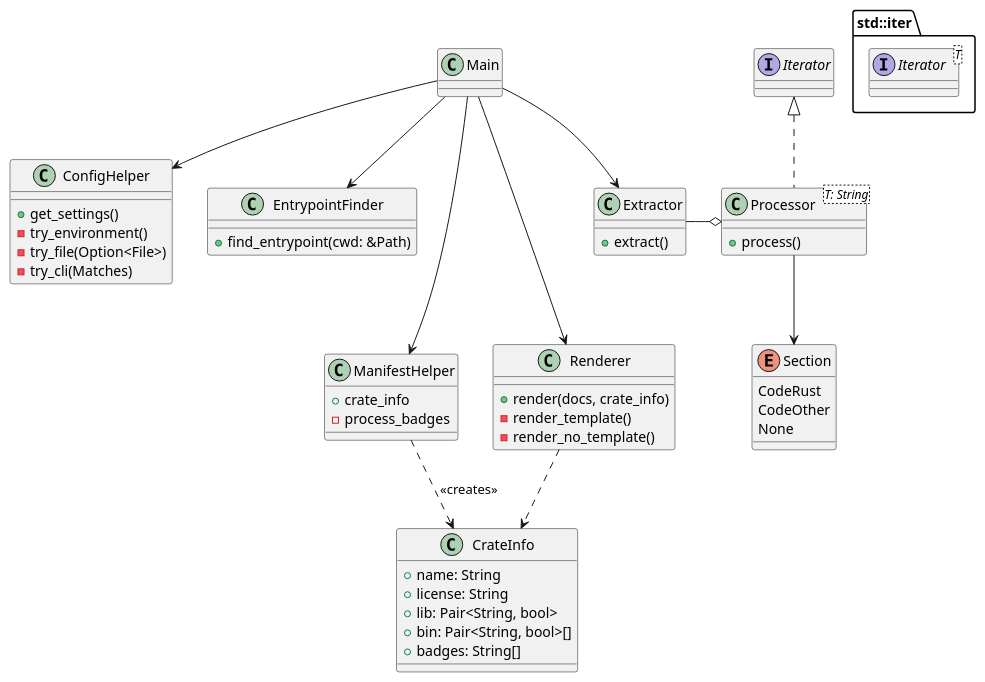
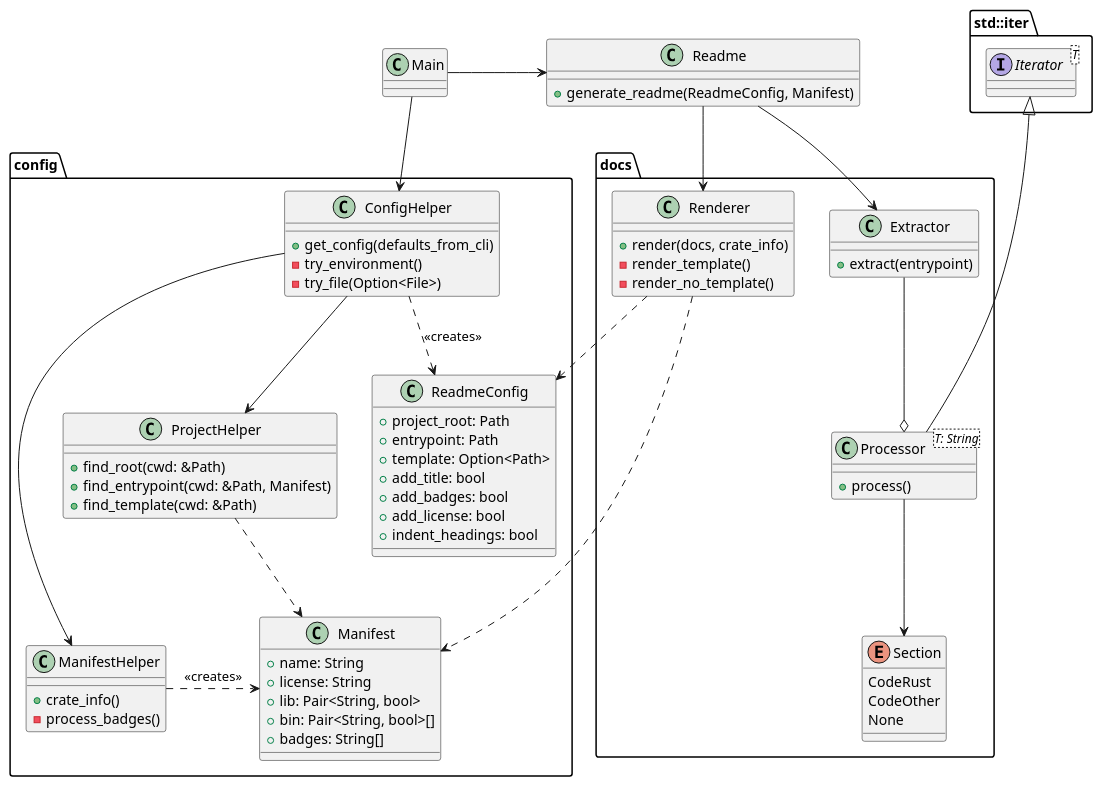
Before and after one commit to webern/cargo-readme: the diagram in docs/uml/class.puml, drawn with PlantUML. The commit also changed 1 other file, not shown here.

Commit message:
update uml , improve organization

```diff
--- a/docs/uml/class.puml
+++ b/docs/uml/class.puml
@@ -1,67 +1,92 @@
 @startuml
 
 package std::iter {
     interface Iterator<T>
 }
 
-class Main
+package config {
+    class ConfigHelper {
+        + get_config(defaults_from_cli)
+        - try_environment()
+        - try_file(Option<File>)
+    }
 
-Main --> ConfigHelper
-Main --> Extractor
-Main --> EntrypointFinder
-Main ---> ManifestHelper
-Main ---> Renderer
+    class ReadmeConfig {
+        + project_root: Path
+        + entrypoint: Path
+        + template: Option<Path>
+        + add_title: bool
+        + add_badges: bool
+        + add_license: bool
+        + indent_headings: bool
+    }
 
-class ConfigHelper {
-    + get_settings()
-    - try_environment()
-    - try_file(Option<File>)
-    - try_cli(Matches)
+    class ProjectHelper {
+        + find_root(cwd: &Path)
+        + find_entrypoint(cwd: &Path, Manifest)
+        + find_template(cwd: &Path)
+    }
+
+    class ManifestHelper {
+        + crate_info()
+        - process_badges()
+    }
+
+    class Manifest {
+        + name: String
+        + license: String
+        + lib: Pair<String, bool>
+        + bin: Pair<String, bool>[]
+        + badges: String[]
+    }
+
+    ConfigHelper ..> ReadmeConfig: <<creates>>
+    ManifestHelper .> Manifest: <<creates>>
+    ProjectHelper ..> Manifest
+    ConfigHelper ---> ManifestHelper
+    ConfigHelper --> ProjectHelper
 }
 
-class EntrypointFinder {
-    + find_entrypoint(cwd: &Path)
+package docs {
+    class Renderer {
+        + render(docs, crate_info)
+        - render_template()
+        - render_no_template()
+    }
+
+    Renderer ..> ReadmeConfig
+    Renderer ..> Manifest
+
+    class Extractor {
+        + extract(entrypoint)
+    }
+
+    class Processor<T: String> {
+        + process()
+    }
+
+    Iterator <|--- Processor
+    Extractor --o Processor
+
+    enum Section {
+        CodeRust
+        CodeOther
+        None
+    }
+
+    Processor --> Section
 }
 
-class ManifestHelper {
-    + crate_info
-    - process_badges
+class Main
+Main --> ConfigHelper
+Main -> Readme
+
+class Readme {
+    + generate_readme(ReadmeConfig, Manifest)
 }
 
-ManifestHelper ..> CrateInfo: <<creates>>
-
-class Renderer {
-    + render(docs, crate_info)
-    - render_template()
-    - render_no_template()
-}
-
-Renderer ..> CrateInfo
-
-class CrateInfo {
-    + name: String
-    + license: String
-    + lib: Pair<String, bool>
-    + bin: Pair<String, bool>[]
-    + badges: String[]
-}
-
-class Extractor {
-    + extract()
-}
-
-class Processor<T: String> implements Iterator {
-    + process()
-}
-
-Extractor -o Processor
-
-enum Section {
-    CodeRust
-    CodeOther
-    None
-}
-
-Processor --> Section
+Readme --> Renderer
+Readme --> Extractor
+' Readme ..> ReadmeConfig
 
 @enduml
```
